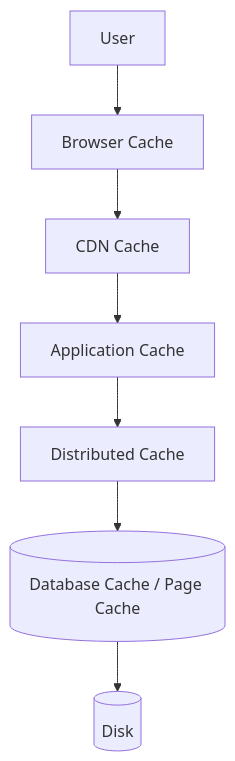
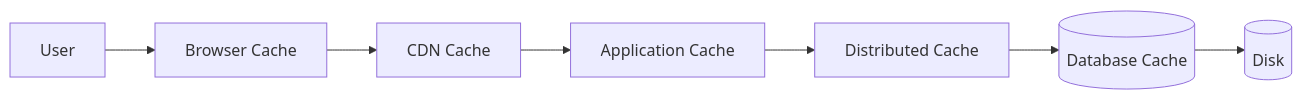
The third of 21 diagrams in 03-caching/README.md (hareramcse/SystemDesign), drawn with Mermaid before and after one commit. The commit also changed other lines of this file, not shown here.

````diff
--- a/03-caching/README.md
+++ b/03-caching/README.md
@@ -132,9 +128,4 @@
 ```mermaid
-flowchart TB
-    User[User] --> Browser[Browser Cache]
-    Browser --> CDN[CDN Cache]
-    CDN --> App[Application Cache]
-    App --> Dist[Distributed Cache]
-    Dist --> DBC[(Database Cache / Page Cache)]
-    DBC --> Disk[(Disk)]
+flowchart LR
+    User[User] --> Browser[Browser Cache] --> CDN[CDN Cache] --> App[Application Cache] --> Dist[Distributed Cache] --> DBC[(Database Cache)] --> Disk[(Disk)]
 ```
````
